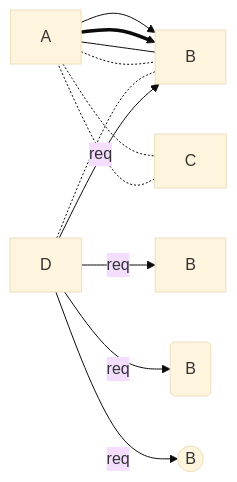
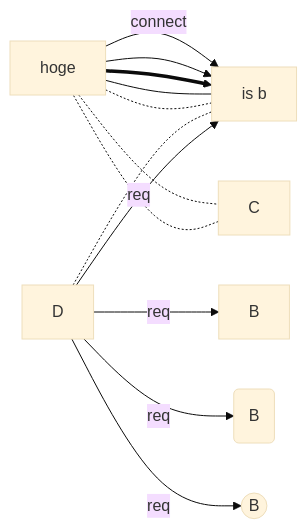
One commit to elzup/story-plots changed the diagram in sample/min-flow.mmd. Above: the diagram before and after it, drawn with Mermaid (base theme). The commit also changed 3 other files, not shown here.

Commit message:
update flow parser

```diff
--- a/sample/min-flow.mmd
+++ b/sample/min-flow.mmd
@@ -1,12 +1,14 @@
 flowchart LR;
+	A[hoge]-->|connect|B
+	B[is b]
 	A-->B
 	A==>B
 	A---B
 	A-.-B
 	C-.-A
 	D-.-B
 	A-.-C
 	D-->|req|B
 	D-->|req|H[B]
 	D-->|req|I(B)
 	D-->|req|J((B))
```
